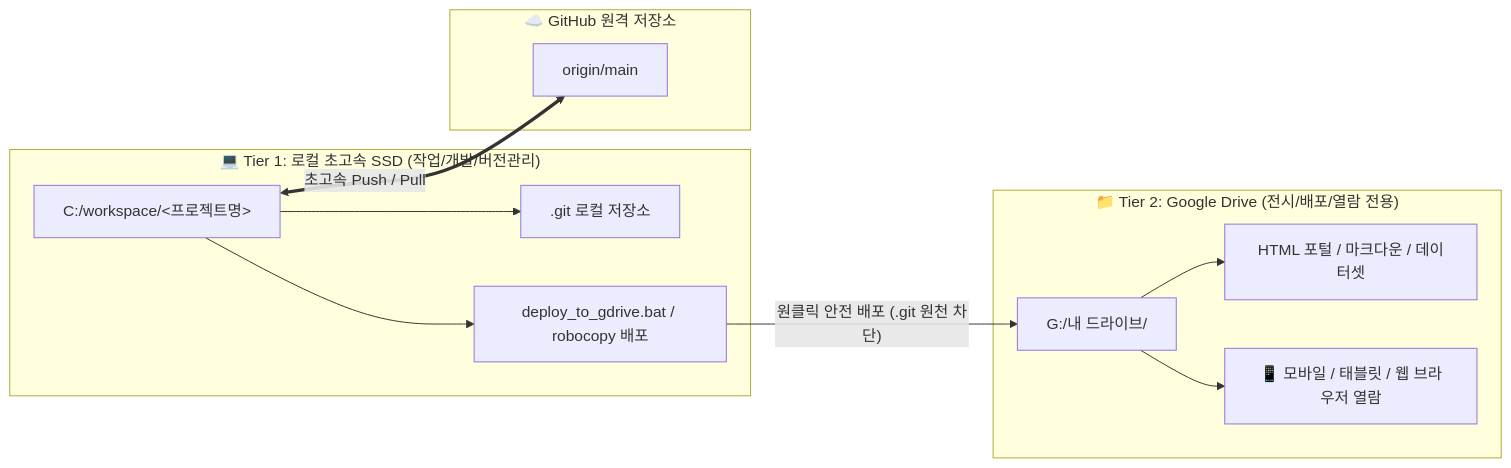
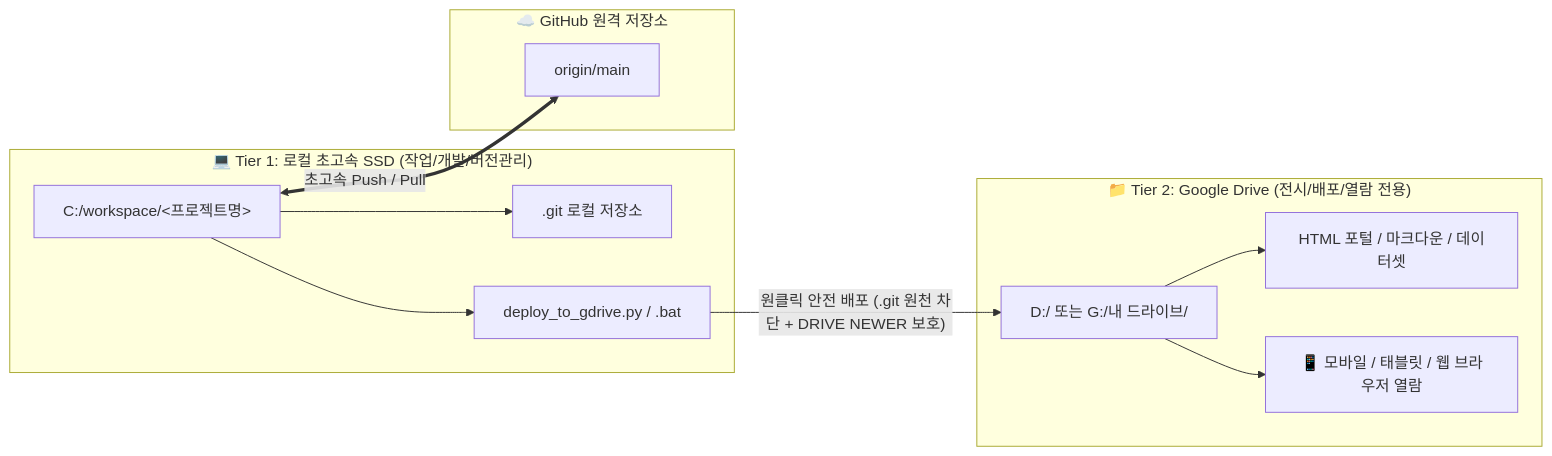
Before and after one commit to jaehyokim-sketch/acupoint_anatomy: the first of 2 diagrams in docs/Git_저장소_로컬_분리_설정_가이드.md, drawn with Mermaid. The commit also changed other lines of this file and 1 other file, not shown here.

First line of the commit message:
docs: Git 저장소 로컬 분리 설정 가이드 v1.4 현행화

````diff
--- a/docs/Git_저장소_로컬_분리_설정_가이드.md
+++ b/docs/Git_저장소_로컬_분리_설정_가이드.md
@@ -28,17 +28,17 @@
 ```mermaid
 graph LR
     subgraph Tier1["💻 Tier 1: 로컬 초고속 SSD (작업/개발/버전관리)"]
         L["C:/workspace/<프로젝트명>"] --> Git[".git 로컬 저장소"]
-        L --> Tool["deploy_to_gdrive.bat / robocopy 배포"]
+        L --> Tool["deploy_to_gdrive.py / .bat"]
     end
 
     subgraph GitHub["☁️ GitHub 원격 저장소"]
         L <==>|"초고속 Push / Pull"| GH["origin/main"]
     end
 
     subgraph Tier2["📁 Tier 2: Google Drive (전시/배포/열람 전용)"]
-        Tool -->|"원클릭 안전 배포 (.git 원천 차단)"| GD["G:/내 드라이브/<Drive 경로>"]
+        Tool -->|"원클릭 안전 배포 (.git 원천 차단 + DRIVE NEWER 보호)"| GD["D:/ 또는 G:/내 드라이브/<Drive 경로>"]
         GD --> View["HTML 포털 / 마크다운 / 데이터셋"]
         GD --> Mobile["📱 모바일 / 태블릿 / 웹 브라우저 열람"]
     end
 ```
````
